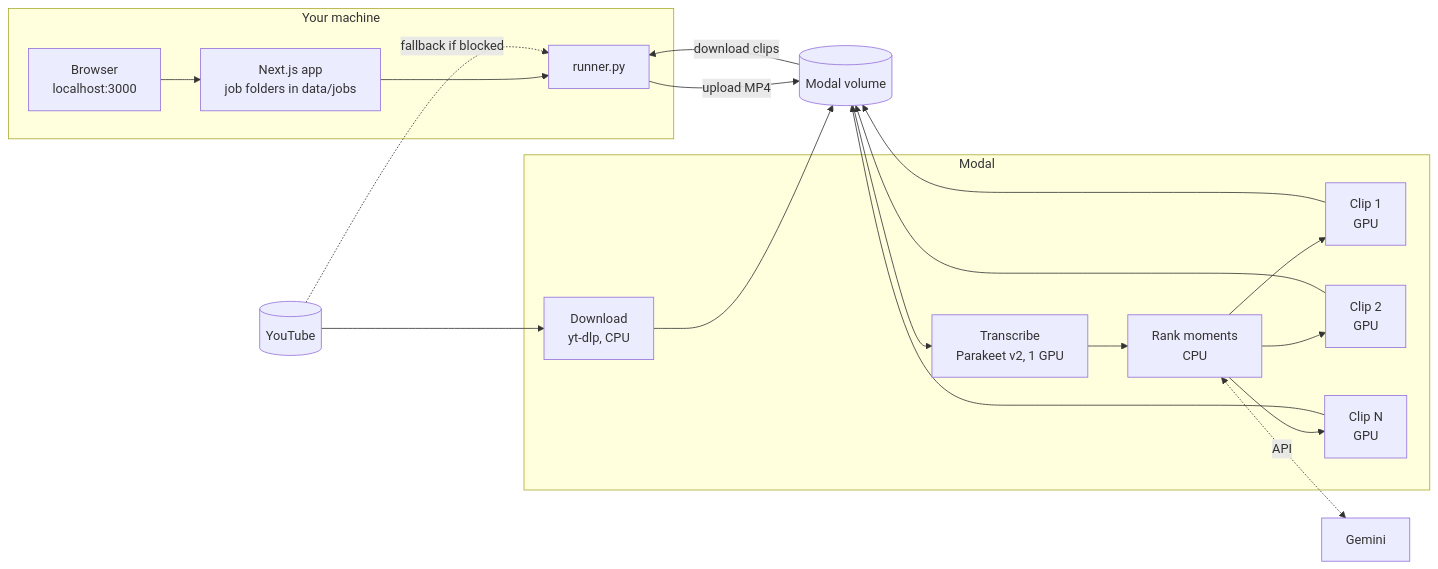
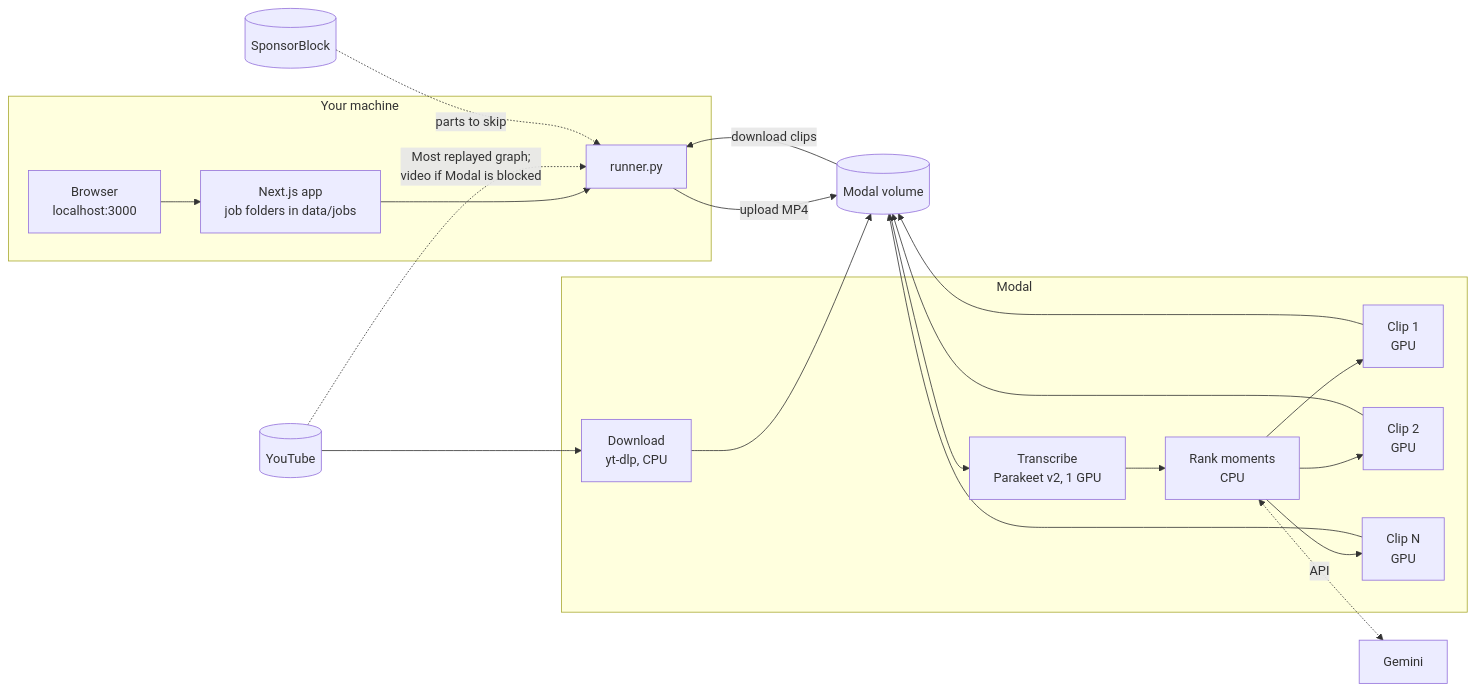
The diagram in README.md (Akash-Sakala/ai-podcast-clipper), drawn with Mermaid before and after one commit. The commit also changed other lines of this file and 19 other files, not shown here.

Commit message:
feat: Most replayed hotspots, audience score and SponsorBlock filtering

````diff
--- a/README.md
+++ b/README.md
@@ -30,24 +32,25 @@
 ```mermaid
 flowchart LR
     subgraph laptop["Your machine"]
         ui["Browser<br/>localhost:3000"] --> app["Next.js app<br/>job folders in data/jobs"]
         app --> runner["runner.py"]
     end
 
     runner -- "upload MP4" --> vol[("Modal volume")]
-    yt[("YouTube")] -. "fallback if blocked" .-> runner
+    yt[("YouTube")] -. "Most replayed graph;<br/>video if Modal is blocked" .-> runner
+    sb[("SponsorBlock")] -. "parts to skip" .-> runner
 
     subgraph modal["Modal"]
         dl["Download<br/>yt-dlp, CPU"]
         asr["Transcribe<br/>Parakeet v2, 1 GPU"] --> rank["Rank moments<br/>CPU"]
         rank --> r1["Clip 1<br/>GPU"]
         rank --> r2["Clip 2<br/>GPU"]
         rank --> rn["Clip N<br/>GPU"]
     end
 
     yt --> dl --> vol
     vol --> asr
     rank <-. "API" .-> gemini["Gemini"]
     r1 & r2 & rn --> vol
     vol -- "download clips" --> runner
 ```
````
